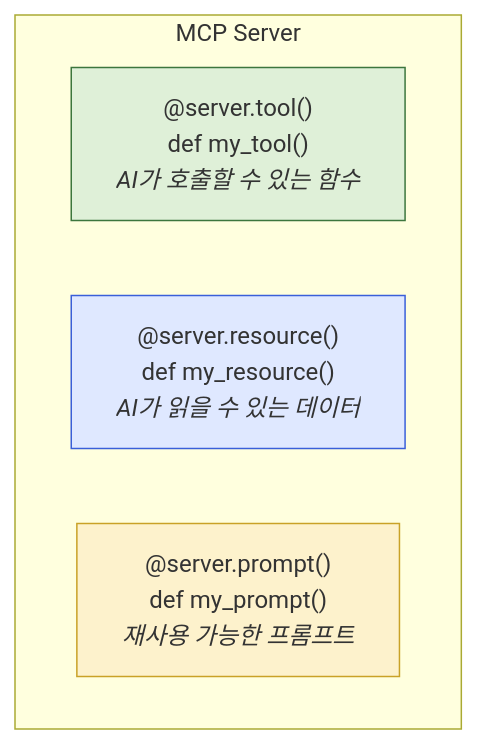
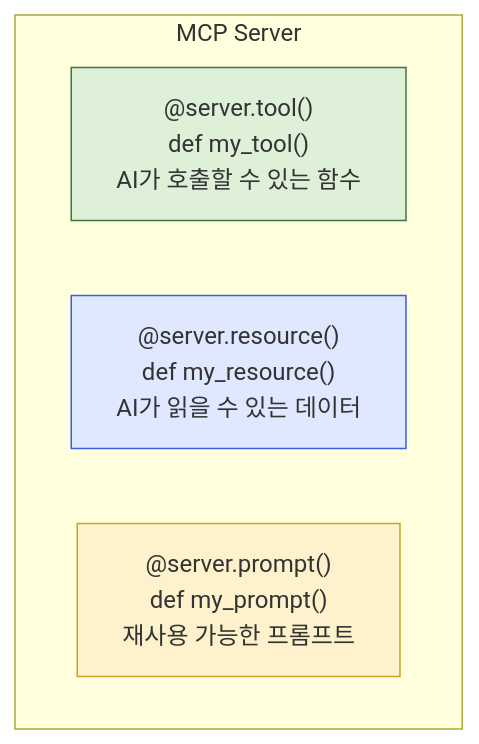
One commit to speson/tom-learn-ai changed the diagram in docs/chapters/05-tool-use-mcp/building-mcp-server.md. Above: the diagram before and after it, drawn with Mermaid. The commit also changed 5 other files, not shown here.

First line of the commit message:
Mermaid 문법 호환성 수정

````diff
--- a/docs/chapters/05-tool-use-mcp/building-mcp-server.md
+++ b/docs/chapters/05-tool-use-mcp/building-mcp-server.md
@@ -16,12 +16,12 @@
 ```mermaid
 graph TD
     subgraph server["MCP Server"]
-        T["@server.tool()<br/>def my_tool()<br/><i>AI가 호출할 수 있는 함수</i>"]
-        R["@server.resource()<br/>def my_resource()<br/><i>AI가 읽을 수 있는 데이터</i>"]
-        P["@server.prompt()<br/>def my_prompt()<br/><i>재사용 가능한 프롬프트</i>"]
+        T["@server.tool()<br/>def my_tool()<br/>AI가 호출할 수 있는 함수"]
+        R["@server.resource()<br/>def my_resource()<br/>AI가 읽을 수 있는 데이터"]
+        P["@server.prompt()<br/>def my_prompt()<br/>재사용 가능한 프롬프트"]
     end
 
     style T fill:#dff0d8,stroke:#3c763d
     style R fill:#dfe8ff,stroke:#3a5fd9
     style P fill:#fdf2cc,stroke:#c9a227
 ```
````
